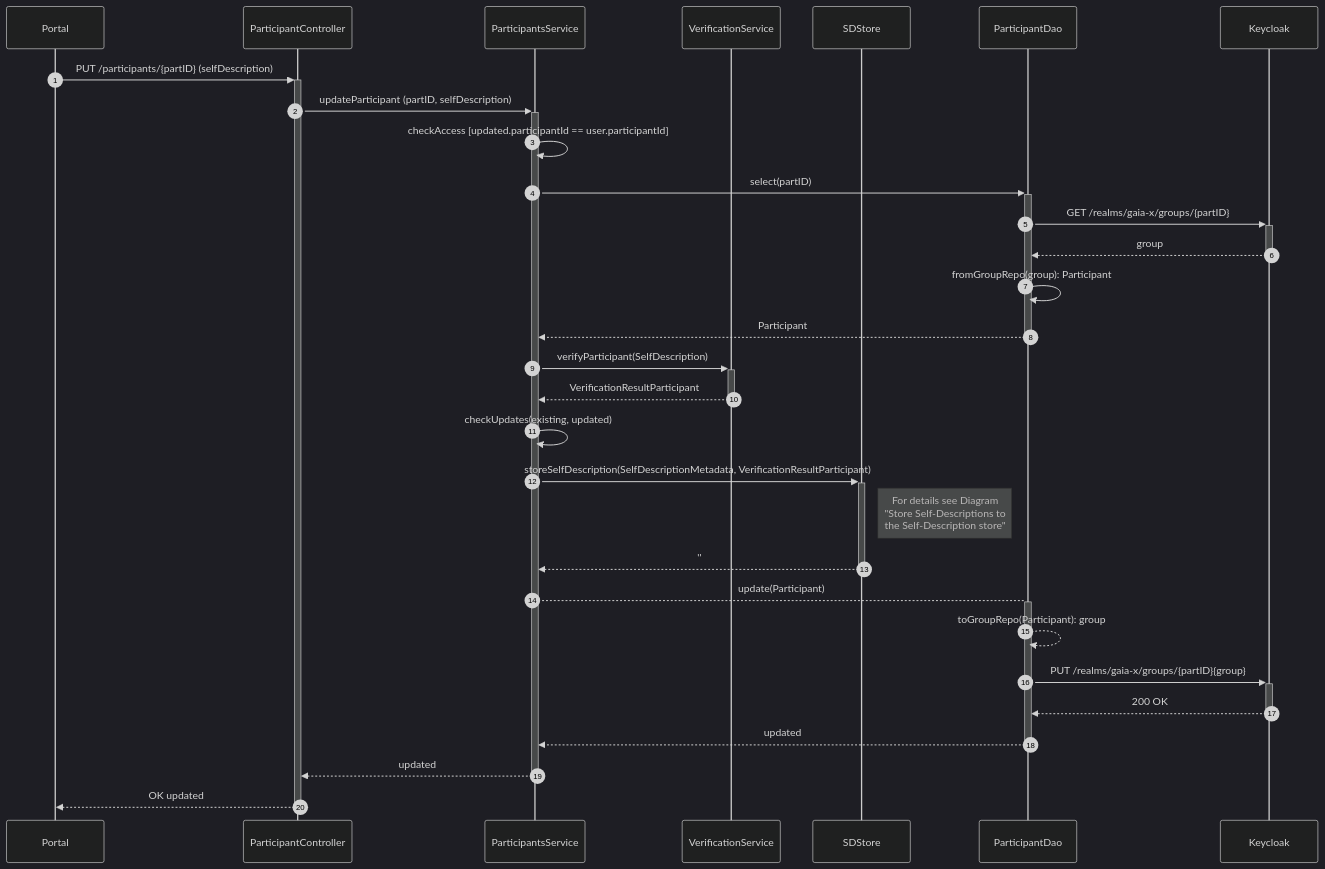
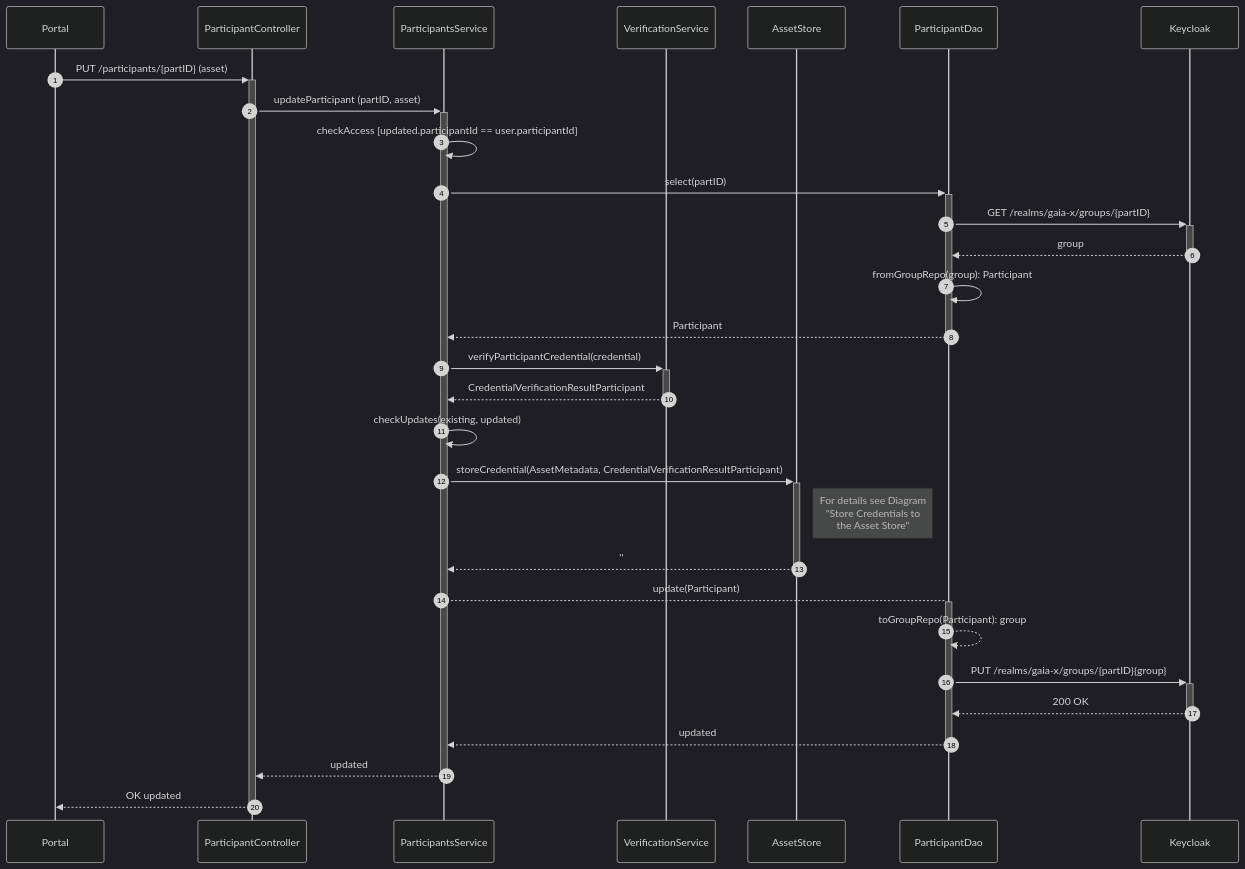
The sixth of 34 diagrams in federated-catalogue/src/docs/architecture/chapters/06_runtime_view.adoc (federated-catalogue-enhancements-2026/docs), drawn with Mermaid (dark theme) before and after one commit. The commit also changed other lines of this file and 11 other files, not shown here.

```diff
--- a/federated-catalogue/src/docs/architecture/chapters/06_runtime_view.adoc
+++ b/federated-catalogue/src/docs/architecture/chapters/06_runtime_view.adoc
@@ -209,33 +209,33 @@
 [mermaid, width=2000]
 ....
 sequenceDiagram
     autonumber
     participant Portal
     participant ParticipantController
     participant ParticipantsService
     participant VerificationService
-    participant SDStore
+    participant AssetStore as AssetStore
     participant ParticipantDao
     participant Keycloak
-    Portal ->> + ParticipantController: PUT /participants/{partID} (selfDescription)
-    ParticipantController ->> + ParticipantsService: updateParticipant (partID, selfDescription)
+    Portal ->> + ParticipantController: PUT /participants/{partID} (asset)
+    ParticipantController ->> + ParticipantsService: updateParticipant (partID, asset)
     ParticipantsService ->> ParticipantsService: checkAccess [updated.participantId == user.participantId]
     ParticipantsService ->> + ParticipantDao: select(partID)
     ParticipantDao ->> + Keycloak: GET /realms/gaia-x/groups/{partID}
     Keycloak -->> - ParticipantDao: group
     ParticipantDao ->> ParticipantDao: fromGroupRepo(group): Participant
     ParticipantDao -->> - ParticipantsService: Participant
-    ParticipantsService ->> + VerificationService: verifyParticipant(SelfDescription)
-    VerificationService -->> - ParticipantsService: VerificationResultParticipant
+    ParticipantsService ->> + VerificationService: verifyParticipantCredential(credential)
+    VerificationService -->> - ParticipantsService: CredentialVerificationResultParticipant
     ParticipantsService ->> ParticipantsService: checkUpdates(existing, updated)
-    ParticipantsService ->> + SDStore: storeSelfDescription(SelfDescriptionMetadata, VerificationResultParticipant)
-    Note right of SDStore: For details see Diagram <br /> "Store Self-Descriptions to <br /> the Self-Description store"
-    SDStore -->> - ParticipantsService: ''
+    ParticipantsService ->> + AssetStore: storeCredential(AssetMetadata, CredentialVerificationResultParticipant)
+    Note right of AssetStore: For details see Diagram <br /> "Store Credentials to <br /> the Asset Store"
+    AssetStore -->> - ParticipantsService: ''
     ParticipantsService --> + ParticipantDao: update(Participant)
     ParticipantDao -->> ParticipantDao: toGroupRepo(Participant): group
     ParticipantDao ->> + Keycloak: PUT /realms/gaia-x/groups/{partID}{group}
     Keycloak -->> - ParticipantDao: 200 OK
     ParticipantDao -->> - ParticipantsService: updated
     ParticipantsService -->> - ParticipantController: updated
     ParticipantController -->> - Portal: OK updated
 ....
```
